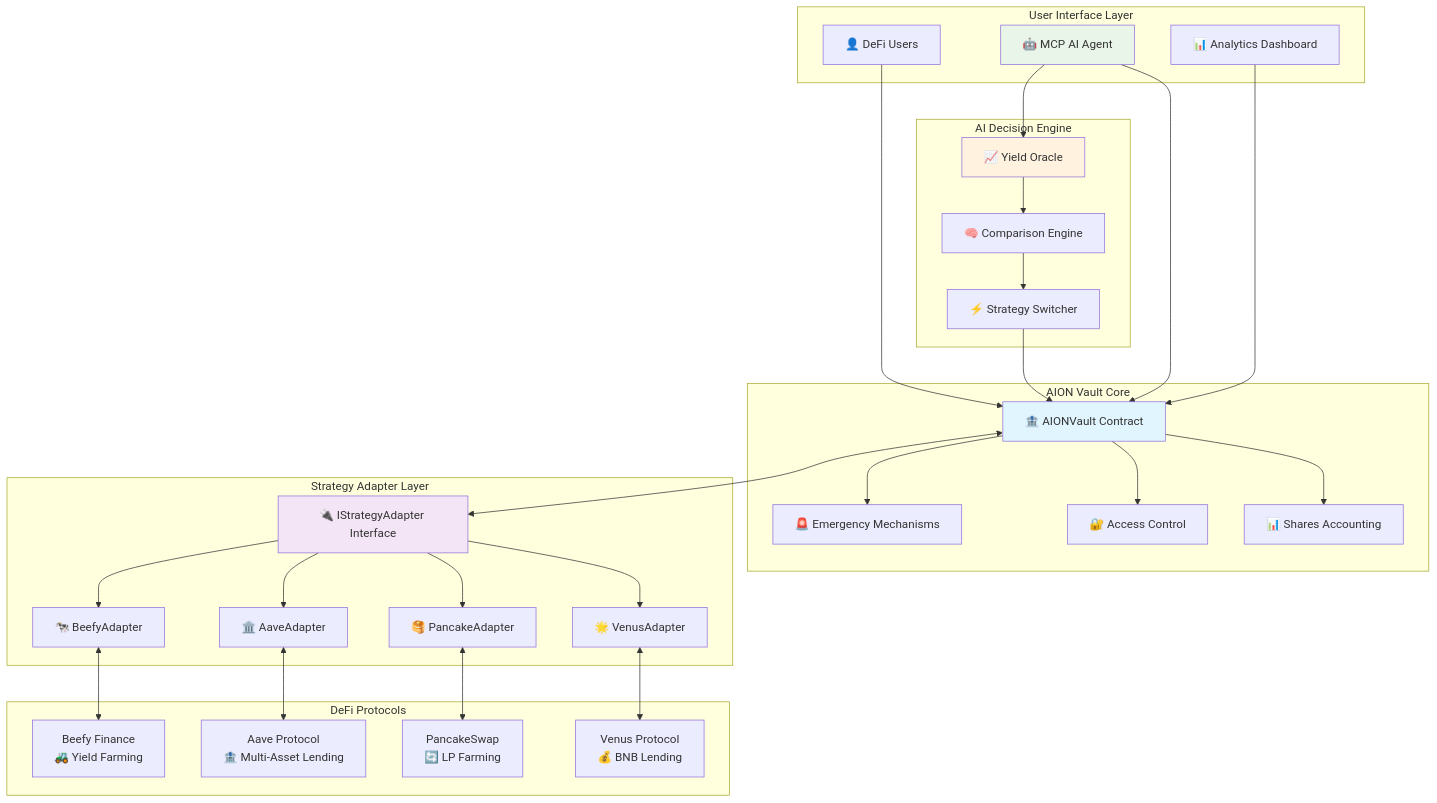
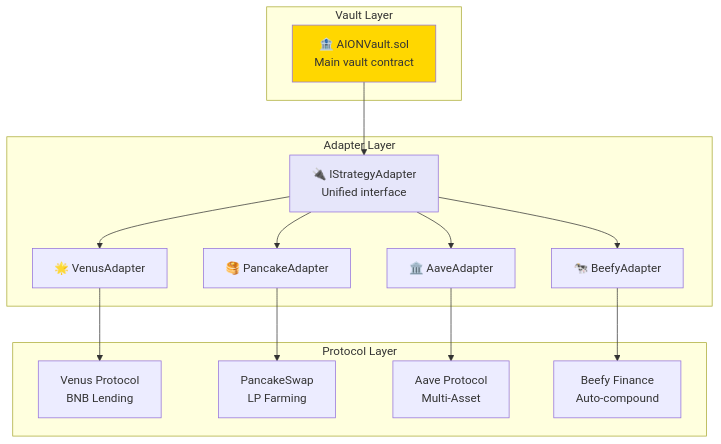
One commit to samarabdelhameed/AION_AI_Agent--fort changed the second of 2 diagrams in contracts/README.md. Above: the diagram before and after it, drawn with Mermaid. The commit also changed other lines of this file and 48 other files, not shown here.

First line of the commit message:
🌊 Complete Flow Integration - Professional README files

````diff
--- a/contracts/README.md
+++ b/contracts/README.md
@@ -42,57 +126,35 @@
 ```mermaid
 graph TB
-    subgraph "User Interface Layer"
-        U1[👤 DeFi Users]
-        U2[🤖 MCP AI Agent]
-        U3[📊 Analytics Dashboard]
+    subgraph "Vault Layer"
+        VAULT[🏦 AIONVault.sol<br/>Main vault contract]
     end
-
-    subgraph "AION Vault Core"
-        V[🏦 AIONVault Contract]
-        V --> SA[📊 Shares Accounting]
-        V --> AC[🔐 Access Control]
-        V --> EM[🚨 Emergency Mechanisms]
+    
+    subgraph "Adapter Layer"
+        INTERFACE[🔌 IStrategyAdapter<br/>Unified interface]
+        VENUS[🌟 VenusAdapter]
+        PANCAKE[🥞 PancakeAdapter]
+        AAVE[🏛️ AaveAdapter]
+        BEEFY[🐄 BeefyAdapter]
     end
-
-    subgraph "Strategy Adapter Layer"
-        SI[🔌 IStrategyAdapter Interface]
-        SI --> VA[🌟 VenusAdapter]
-        SI --> PA[🥞 PancakeAdapter]
-        SI --> AA[🏛️ AaveAdapter]
-        SI --> BA[🐄 BeefyAdapter]
+    
+    subgraph "Protocol Layer"
+        VP[Venus Protocol<br/>BNB Lending]
+        PS[PancakeSwap<br/>LP Farming]
+        AP[Aave Protocol<br/>Multi-Asset]
+        BF[Beefy Finance<br/>Auto-compound]
     end
-
-    subgraph "DeFi Protocols"
-        VP[Venus Protocol<br/>💰 BNB Lending]
-        PS[PancakeSwap<br/>🔄 LP Farming]
-        AP[Aave Protocol<br/>🏦 Multi-Asset Lending]
-        BF[Beefy Finance<br/>🚜 Yield Farming]
-    end
-
-    subgraph "AI Decision Engine"
-        YO[📈 Yield Oracle]
-        CE[🧠 Comparison Engine]
-        SS[⚡ Strategy Switcher]
-    end
-
-    U1 --> V
-    U2 --> V
-    U3 --> V
-
-    V <--> SI
-
-    VA <--> VP
-    PA <--> PS
-    AA <--> AP
-    BA <--> BF
-
-    U2 --> YO
-    YO --> CE
-    CE --> SS
-    SS --> V
-
-    style V fill:#e1f5fe
-    style SI fill:#f3e5f5
-    style U2 fill:#e8f5e8
-    style YO fill:#fff3e0
+    
+    VAULT --> INTERFACE
+    INTERFACE --> VENUS
+    INTERFACE --> PANCAKE
+    INTERFACE --> AAVE
+    INTERFACE --> BEEFY
+    
+    VENUS --> VP
+    PANCAKE --> PS
+    AAVE --> AP
+    BEEFY --> BF
+    
+    style VAULT fill:#FFD700
+    style INTERFACE fill:#E6E6FA
 ```
````
